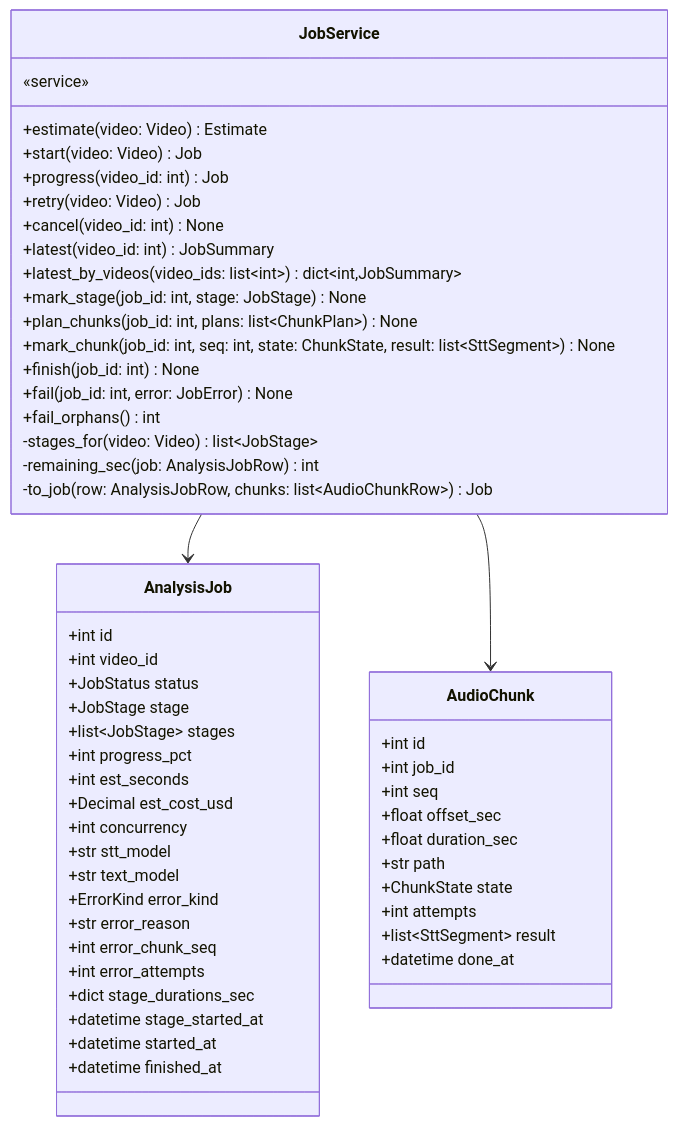
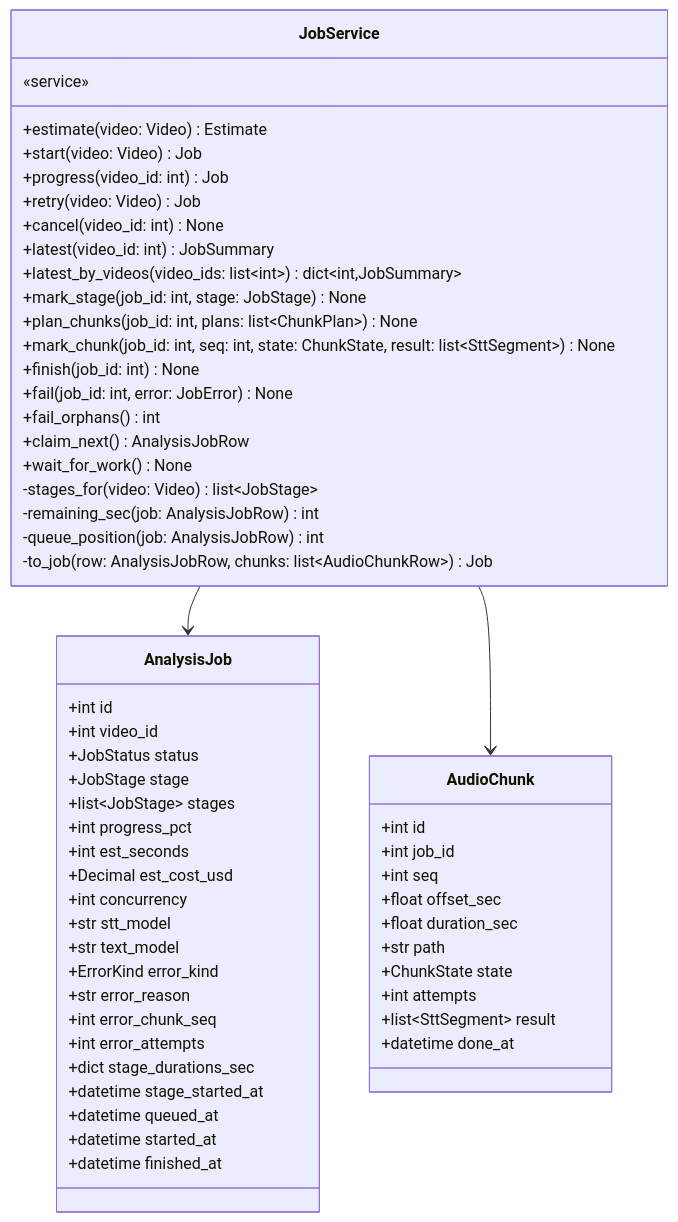
One commit to HoyoungParkme/video-agent changed diagram 15 of 18 in docs/specs/06-DOM/VA-DOM-002.md. Above: the diagram before and after it, drawn with Mermaid. The commit also changed other lines of this file, not shown here.

Commit message:
사용자 결정 반영 — 대기열(queued·queued_at·worker·claim_next), prompts/ 폴더, .env 쓰기, 연결 실패 뒤 require_key 재확인

````diff
--- a/docs/specs/06-DOM/VA-DOM-002.md
+++ b/docs/specs/06-DOM/VA-DOM-002.md
@@ -637,57 +652,61 @@
 ```mermaid
 classDiagram
     class JobService {
         «service»
         +estimate(video: Video) Estimate
         +start(video: Video) Job
         +progress(video_id: int) Job
         +retry(video: Video) Job
         +cancel(video_id: int) None
         +latest(video_id: int) JobSummary
         +latest_by_videos(video_ids: list~int~) dict~int,JobSummary~
         +mark_stage(job_id: int, stage: JobStage) None
         +plan_chunks(job_id: int, plans: list~ChunkPlan~) None
         +mark_chunk(job_id: int, seq: int, state: ChunkState, result: list~SttSegment~) None
         +finish(job_id: int) None
         +fail(job_id: int, error: JobError) None
         +fail_orphans() int
+        +claim_next() AnalysisJobRow
+        +wait_for_work() None
         -stages_for(video: Video) list~JobStage~
         -remaining_sec(job: AnalysisJobRow) int
+        -queue_position(job: AnalysisJobRow) int
         -to_job(row: AnalysisJobRow, chunks: list~AudioChunkRow~) Job
     }
     class AnalysisJob {
         +int id
         +int video_id
         +JobStatus status
         +JobStage stage
         +list~JobStage~ stages
         +int progress_pct
         +int est_seconds
         +Decimal est_cost_usd
         +int concurrency
         +str stt_model
         +str text_model
         +ErrorKind error_kind
         +str error_reason
         +int error_chunk_seq
         +int error_attempts
         +dict stage_durations_sec
         +datetime stage_started_at
+        +datetime queued_at
         +datetime started_at
         +datetime finished_at
     }
     class AudioChunk {
         +int id
         +int job_id
         +int seq
         +float offset_sec
         +float duration_sec
         +str path
         +ChunkState state
         +int attempts
         +list~SttSegment~ result
         +datetime done_at
     }
     JobService --> AnalysisJob
     JobService --> AudioChunk
 ```
````
